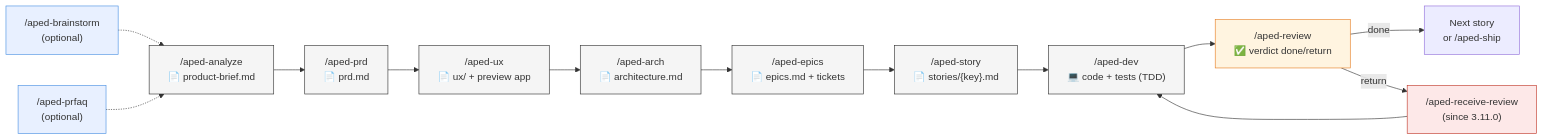
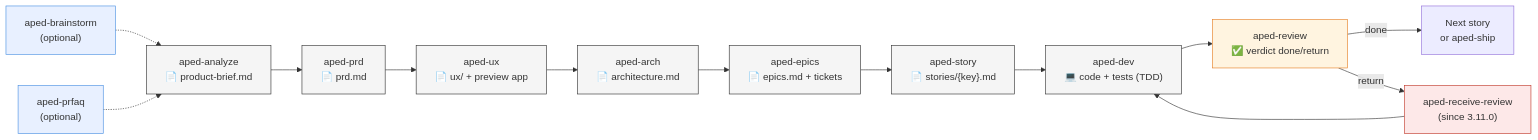
The first of 3 diagrams in docs/aped-workflow.md (yabafre/aped-claude), drawn with Mermaid before and after one commit. The commit also changed other lines of this file and 9 other files, not shown here.

````diff
--- a/docs/aped-workflow.md
+++ b/docs/aped-workflow.md
@@ -20,24 +20,24 @@
 ```mermaid
 flowchart LR
-    B["/aped-brainstorm<br/>(optional)"] -.-> A
-    P["/aped-prfaq<br/>(optional)"] -.-> A
-    A["/aped-analyze<br/>📄 product-brief.md"] --> PRD["/aped-prd<br/>📄 prd.md"]
-    PRD --> UX["/aped-ux<br/>📄 ux/ + preview app"]
-    UX --> ARCH["/aped-arch<br/>📄 architecture.md"]
-    ARCH --> EP["/aped-epics<br/>📄 epics.md + tickets"]
-    EP --> ST["/aped-story<br/>📄 stories/{key}.md"]
-    ST --> DEV["/aped-dev<br/>💻 code + tests (TDD)"]
-    DEV --> RV["/aped-review<br/>✅ verdict done/return"]
-    RV -->|done| NEXT["Next story<br/>or /aped-ship"]
-    RV -->|return| RR["/aped-receive-review<br/>(since 3.11.0)"]
+    B["aped-brainstorm<br/>(optional)"] -.-> A
+    P["aped-prfaq<br/>(optional)"] -.-> A
+    A["aped-analyze<br/>📄 product-brief.md"] --> PRD["aped-prd<br/>📄 prd.md"]
+    PRD --> UX["aped-ux<br/>📄 ux/ + preview app"]
+    UX --> ARCH["aped-arch<br/>📄 architecture.md"]
+    ARCH --> EP["aped-epics<br/>📄 epics.md + tickets"]
+    EP --> ST["aped-story<br/>📄 stories/{key}.md"]
+    ST --> DEV["aped-dev<br/>💻 code + tests (TDD)"]
+    DEV --> RV["aped-review<br/>✅ verdict done/return"]
+    RV -->|done| NEXT["Next story<br/>or aped-ship"]
+    RV -->|return| RR["aped-receive-review<br/>(since 3.11.0)"]
     RR --> DEV
 
     classDef upstream fill:#e8f0ff,stroke:#4a90e2
     classDef phase fill:#f5f5f5,stroke:#333
     classDef gate fill:#fff4e0,stroke:#e67e22
     classDef discipline fill:#fde8e8,stroke:#c0392b
     class B,P upstream
     class A,PRD,UX,ARCH,EP,ST,DEV phase
     class RV gate
     class RR discipline
 ```
````
